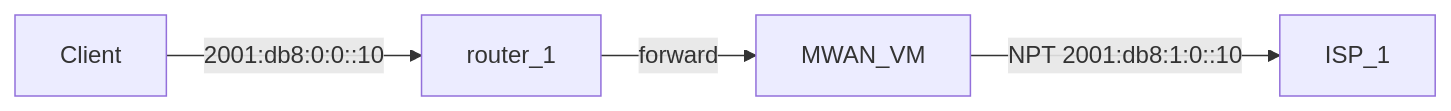
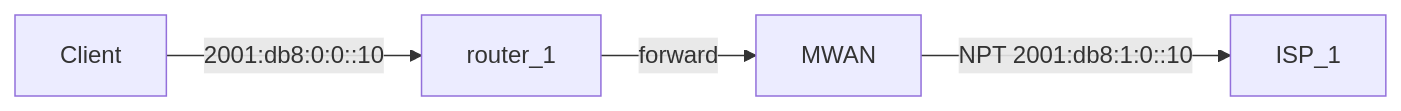
The third of 4 diagrams in docs/mwan.md (agoodkind/configs), drawn with Mermaid before and after one commit. The commit also changed other lines of this file, not shown here.

Commit message:
Recast MWAN exec layers as upstream, chokepoint, and downstream in docs/mwan.md

````diff
--- a/docs/mwan.md
+++ b/docs/mwan.md
@@ -129,10 +142,10 @@
 ```mermaid
 flowchart LR
   client[Client]
   r1[router_1]
-  mwanVm[MWAN_VM]
+  mwan[MWAN]
   isp1[ISP_1]
   client -->|"2001:db8:0:0::10"| r1
-  r1 -->|forward| mwanVm
-  mwanVm -->|"NPT 2001:db8:1:0::10"| isp1
+  r1 -->|forward| mwan
+  mwan -->|"NPT 2001:db8:1:0::10"| isp1
 ```
````
